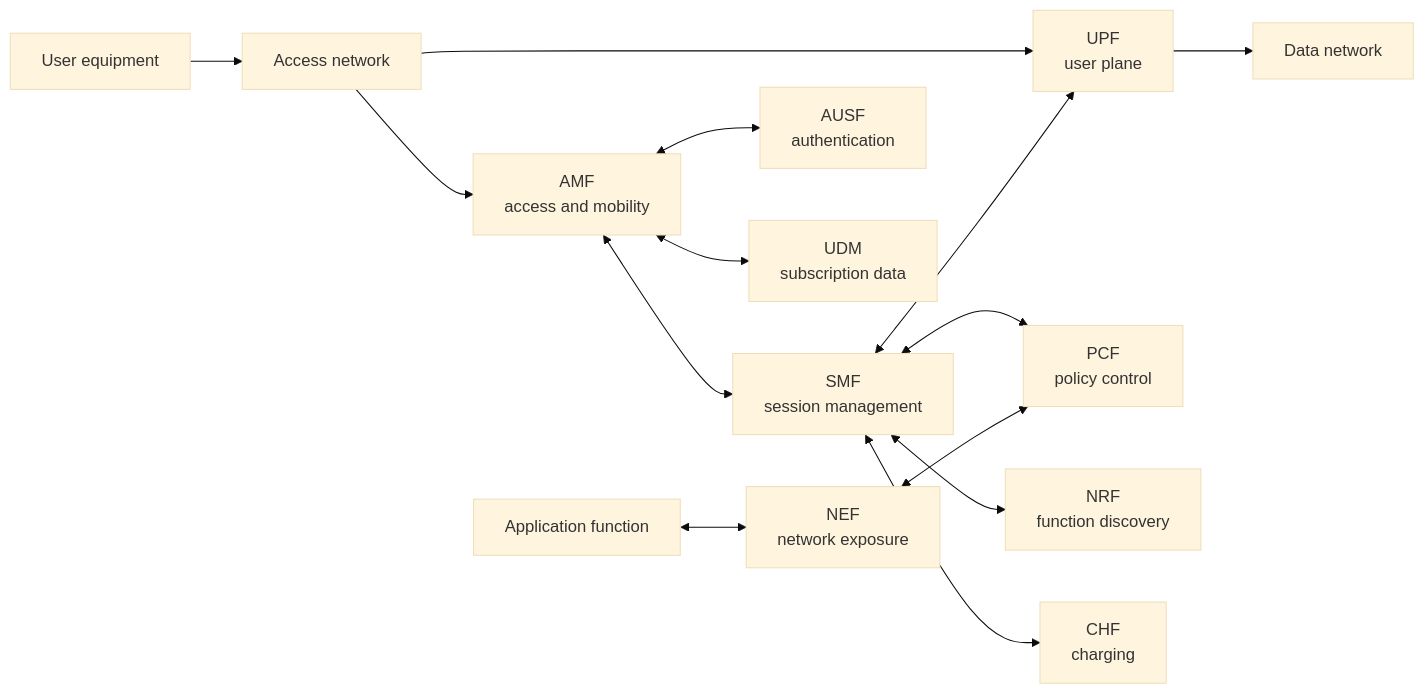
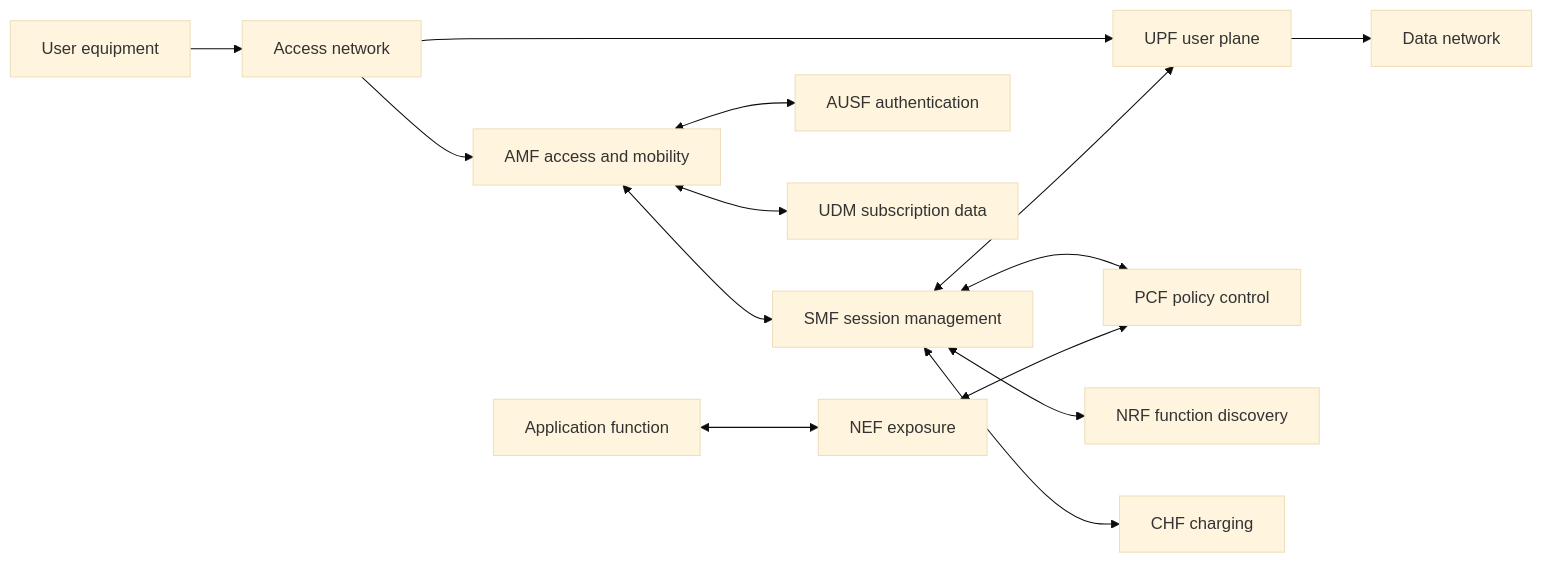
Before and after one commit to aiagent007700/AI-Atlas: the diagram in docs/networks/packet-core/5g-core-architecture.md, drawn with Mermaid (base theme). The commit also changed other lines of this file and 13 other files, not shown here.

````diff
--- a/docs/networks/packet-core/5g-core-architecture.md
+++ b/docs/networks/packet-core/5g-core-architecture.md
@@ -18,16 +18,16 @@
 ```mermaid
 flowchart LR
     UE[User equipment] --> AN[Access network]
-    AN --> AMF[AMF<br/>access and mobility]
-    AN --> UPF[UPF<br/>user plane]
-    AMF <--> SMF[SMF<br/>session management]
-    SMF <--> PCF[PCF<br/>policy control]
-    AMF <--> AUSF[AUSF<br/>authentication]
-    AMF <--> UDM[UDM<br/>subscription data]
-    SMF <--> NRF[NRF<br/>function discovery]
+    AN --> AMF[AMF access and mobility]
+    AN --> UPF[UPF user plane]
+    AMF <--> SMF[SMF session management]
+    SMF <--> PCF[PCF policy control]
+    AMF <--> AUSF[AUSF authentication]
+    AMF <--> UDM[UDM subscription data]
+    SMF <--> NRF[NRF function discovery]
     SMF <--> UPF
     UPF --> DN[Data network]
-    SMF <--> CHF[CHF<br/>charging]
-    AF[Application function] <--> NEF[NEF<br/>network exposure]
+    SMF <--> CHF[CHF charging]
+    AF[Application function] <--> NEF[NEF exposure]
     NEF <--> PCF
 ```
````
